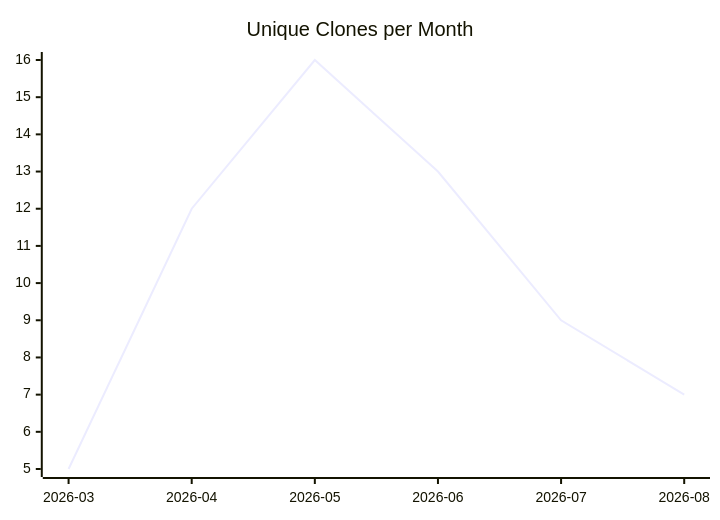
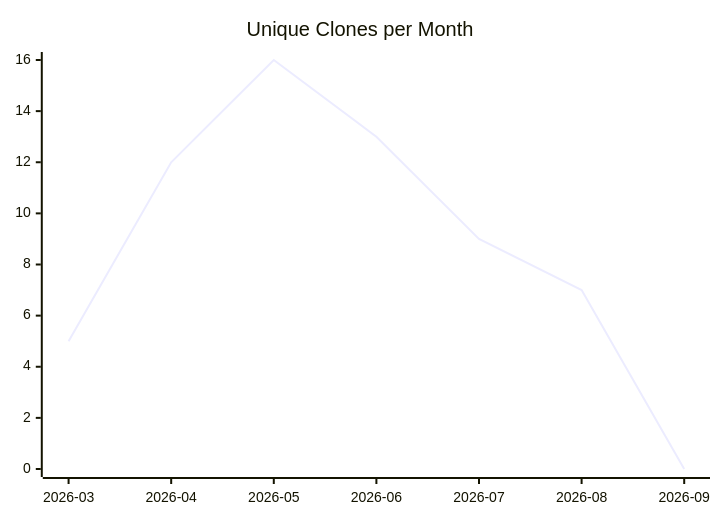
Before and after one commit to justdavis-family/github-analytics-data: the third of 3 diagrams in karlmdavis/justdavis-karl/README.md, drawn with Mermaid. The commit also changed other lines of this file and 191 other files, not shown here.

````diff
--- a/karlmdavis/justdavis-karl/README.md
+++ b/karlmdavis/justdavis-karl/README.md
@@ -19,6 +19,6 @@
 ```mermaid
 xychart-beta
   title "Unique Clones per Month"
-  x-axis ["2026-03", "2026-04", "2026-05", "2026-06", "2026-07", "2026-08"]
-  line [5, 12, 16, 13, 9, 7]
+  x-axis ["2026-03", "2026-04", "2026-05", "2026-06", "2026-07", "2026-08", "2026-09"]
+  line [5, 12, 16, 13, 9, 7, 0]
 ```
````
